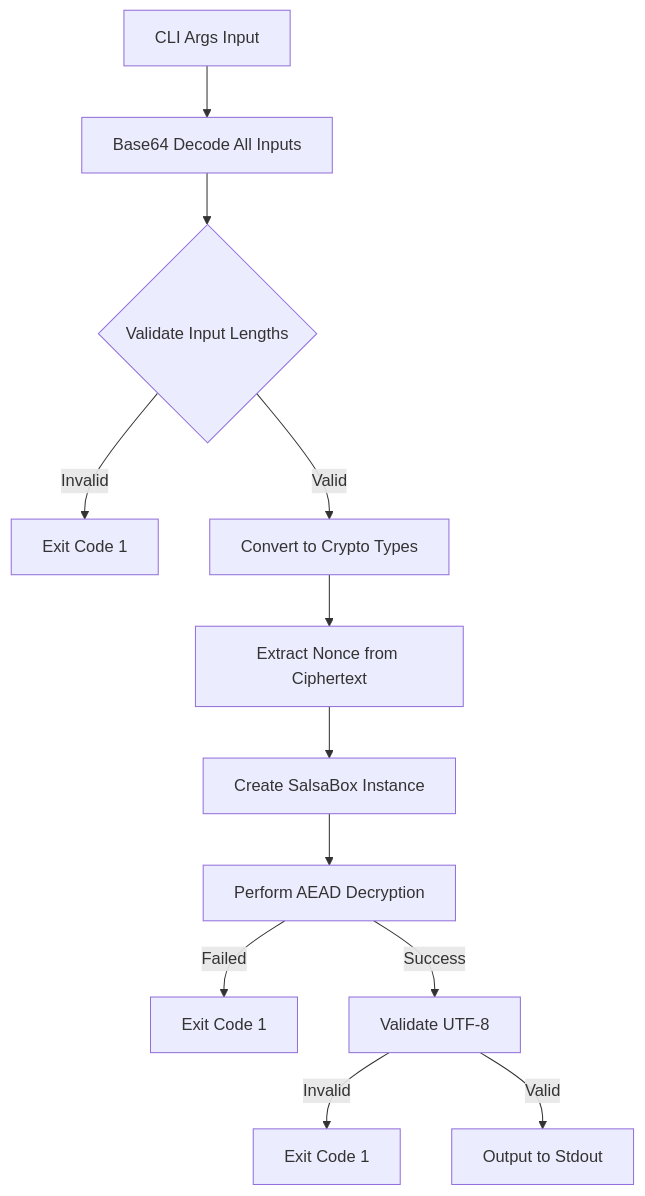
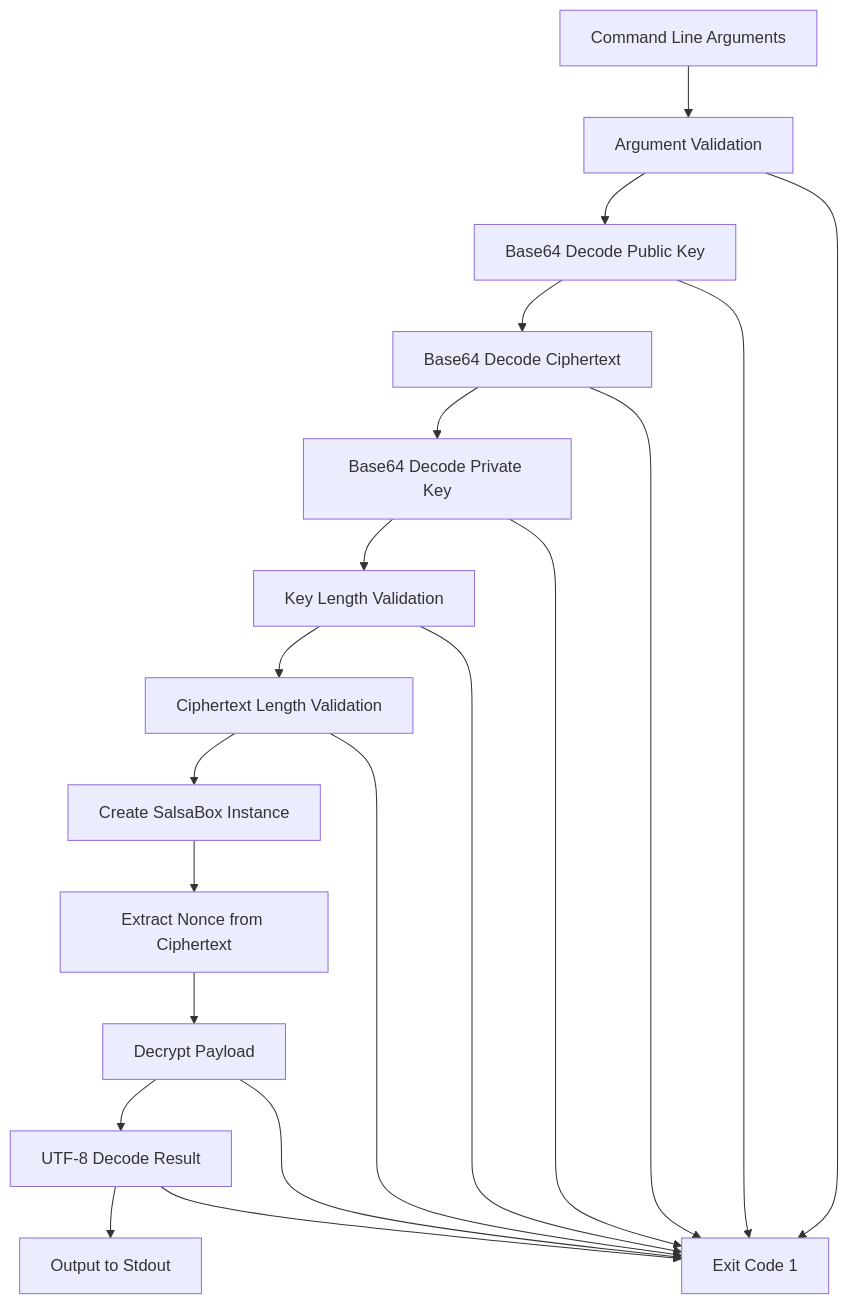
Before and after one commit to researchoors/knowledge-maintenance: the diagram in artifacts/d-inference/service_analyses/decrypt-test.md, drawn with Mermaid. The commit also changed other lines of this file and 23 other files, not shown here.

````diff
--- a/artifacts/d-inference/service_analyses/decrypt-test.md
+++ b/artifacts/d-inference/service_analyses/decrypt-test.md
@@ -59,14 +13,23 @@
 ```mermaid
 graph TD
-    A[CLI Args Input] --> B[Base64 Decode All Inputs]
-    B --> C{Validate Input Lengths}
-    C -->|Invalid| D[Exit Code 1]
-    C -->|Valid| E[Convert to Crypto Types]
-    E --> F[Extract Nonce from Ciphertext]
-    F --> G[Create SalsaBox Instance]
-    G --> H[Perform AEAD Decryption]
-    H -->|Failed| I[Exit Code 1]
-    H -->|Success| J[Validate UTF-8]
-    J -->|Invalid| K[Exit Code 1] 
-    J -->|Valid| L[Output to Stdout]
+    A[Command Line Arguments] --> B[Argument Validation]
+    B --> C[Base64 Decode Public Key]
+    C --> D[Base64 Decode Ciphertext]
+    D --> E[Base64 Decode Private Key]
+    E --> F[Key Length Validation]
+    F --> G[Ciphertext Length Validation]
+    G --> H[Create SalsaBox Instance]
+    H --> I[Extract Nonce from Ciphertext]
+    I --> J[Decrypt Payload]
+    J --> K[UTF-8 Decode Result]
+    K --> L[Output to Stdout]
+    
+    B --> M[Exit Code 1]
+    C --> M
+    D --> M
+    E --> M
+    F --> M
+    G --> M
+    J --> M
+    K --> M
 ```
````
